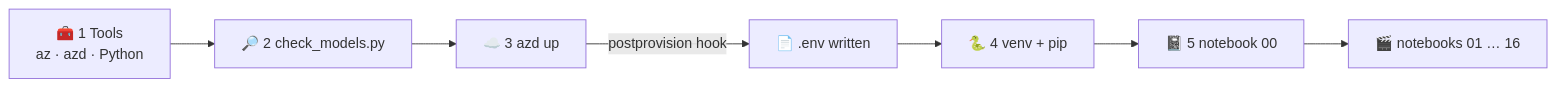
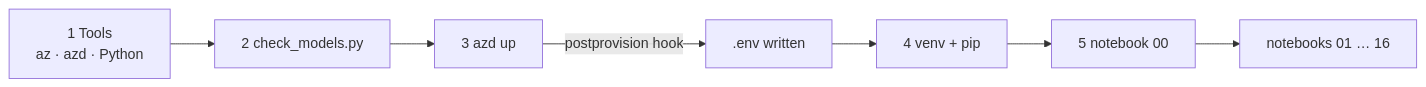
The first of 2 diagrams in docs/getting-started.md (nampacx/MS-Foundry-from-0-to-hero), drawn with Mermaid before and after one commit. The commit also changed other lines of this file and 37 other files, not shown here.

````diff
--- a/docs/getting-started.md
+++ b/docs/getting-started.md
@@ -17,9 +17,9 @@
 ```mermaid
 flowchart LR
-  A[🧰 1 Tools<br/>az · azd · Python] --> B[🔎 2 check_models.py]
-  B --> C[☁️ 3 azd up]
-  C -->|postprovision hook| D[📄 .env written]
-  D --> E[🐍 4 venv + pip]
-  E --> F[📓 5 notebook 00]
-  F --> G[🎬 notebooks 01 … 16]
+  A[1 Tools<br/>az · azd · Python] --> B[2 check_models.py]
+  B --> C[3 azd up]
+  C -->|postprovision hook| D[.env written]
+  D --> E[4 venv + pip]
+  E --> F[5 notebook 00]
+  F --> G[notebooks 01 … 16]
 ```
````
